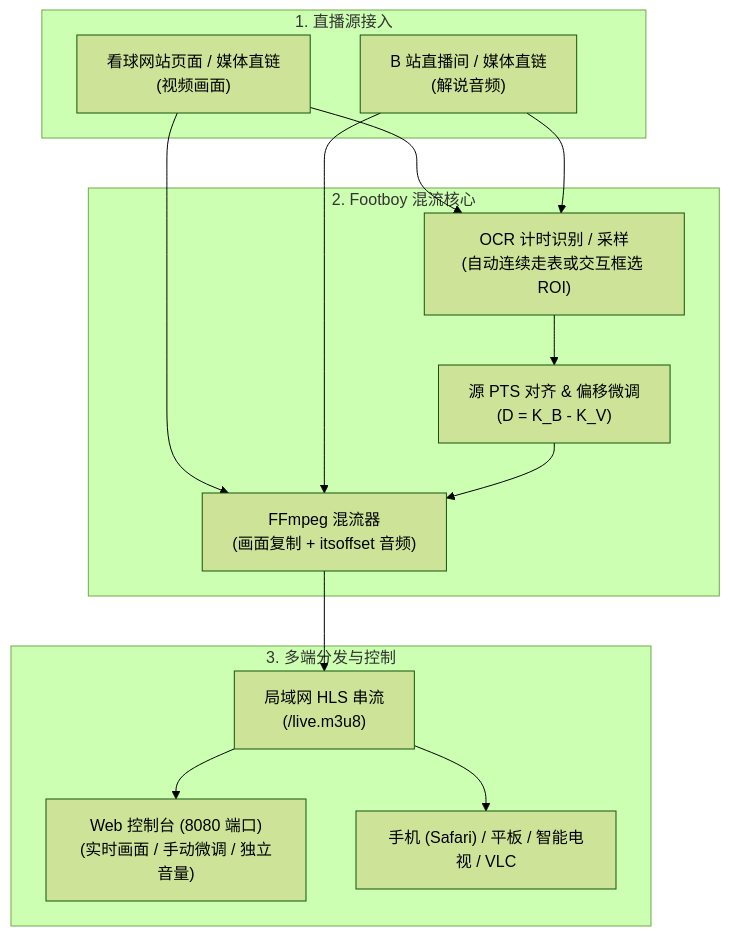
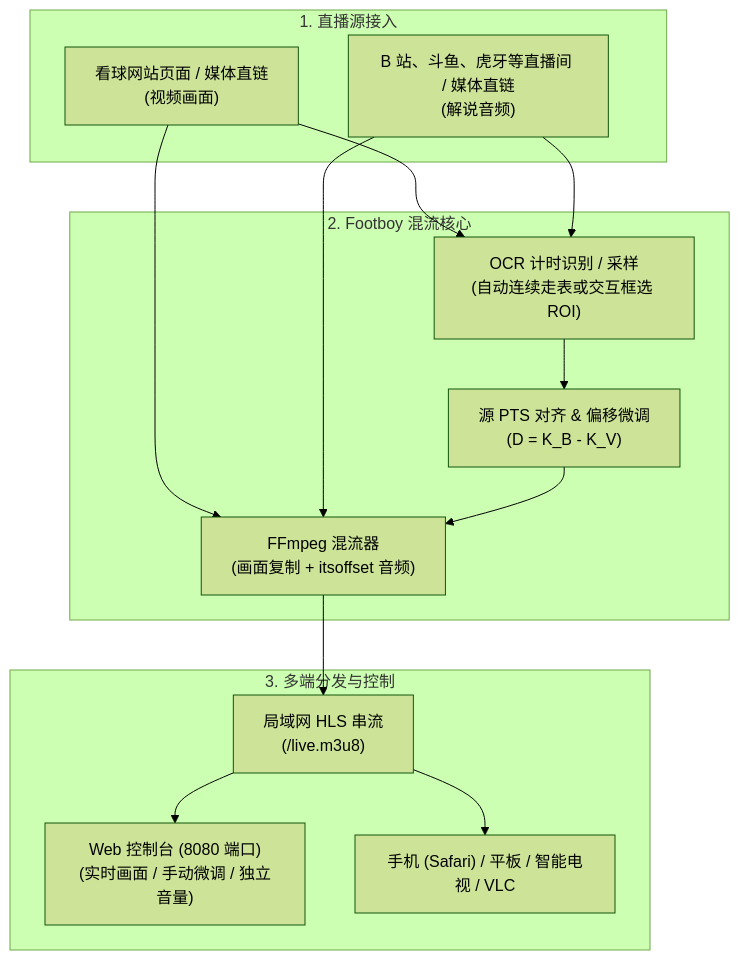
Before and after one commit to M1zore1337/footboy: the diagram in README.md, drawn with Mermaid (forest theme). The commit also changed other lines of this file and 35 other files, not shown here.

````diff
--- a/README.md
+++ b/README.md
@@ -38,29 +39,29 @@
 ```mermaid
 flowchart TD
     subgraph Input ["1. 直播源接入"]
         V["看球网站页面 / 媒体直链<br/>(视频画面)"]
-        B["B 站直播间 / 媒体直链<br/>(解说音频)"]
+        B["B 站、斗鱼、虎牙等直播间 / 媒体直链<br/>(解说音频)"]
     end
 
     subgraph Core ["2. Footboy 混流核心"]
         OCR["OCR 计时识别 / 采样<br/>(自动连续走表或交互框选 ROI)"]
         Sync["源 PTS 对齐 & 偏移微调<br/>(D = K_B - K_V)"]
         FFmpeg["FFmpeg 混流器<br/>(画面复制 + itsoffset 音频)"]
     end
 
     subgraph Output ["3. 多端分发与控制"]
         WebUI["Web 控制台 (8080 端口)<br/>(实时画面 / 手动微调 / 独立音量)"]
         HLS["局域网 HLS 串流<br/>(/live.m3u8)"]
         Client["手机 (Safari) / 平板 / 智能电视 / VLC"]
     end
 
     V --> OCR
     B --> OCR
     OCR --> Sync
     V --> FFmpeg
     B --> FFmpeg
     Sync --> FFmpeg
     FFmpeg --> HLS
     HLS --> WebUI
     HLS --> Client
 ```
````
